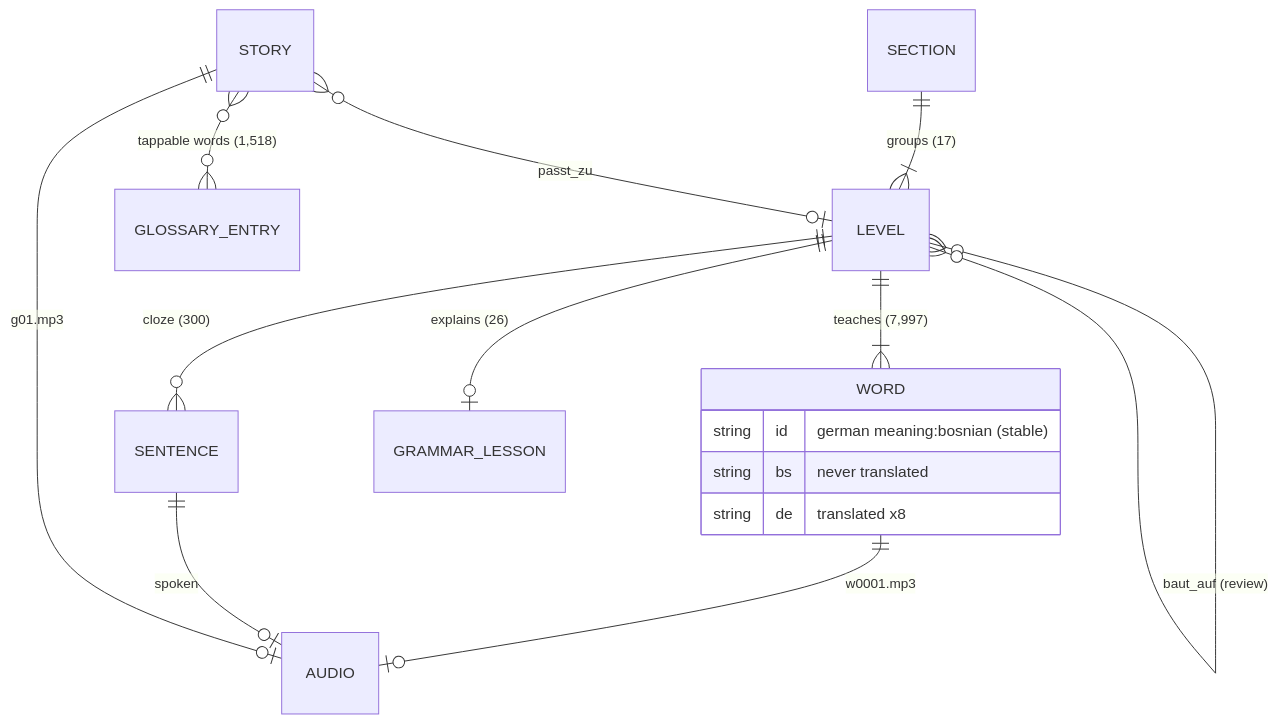
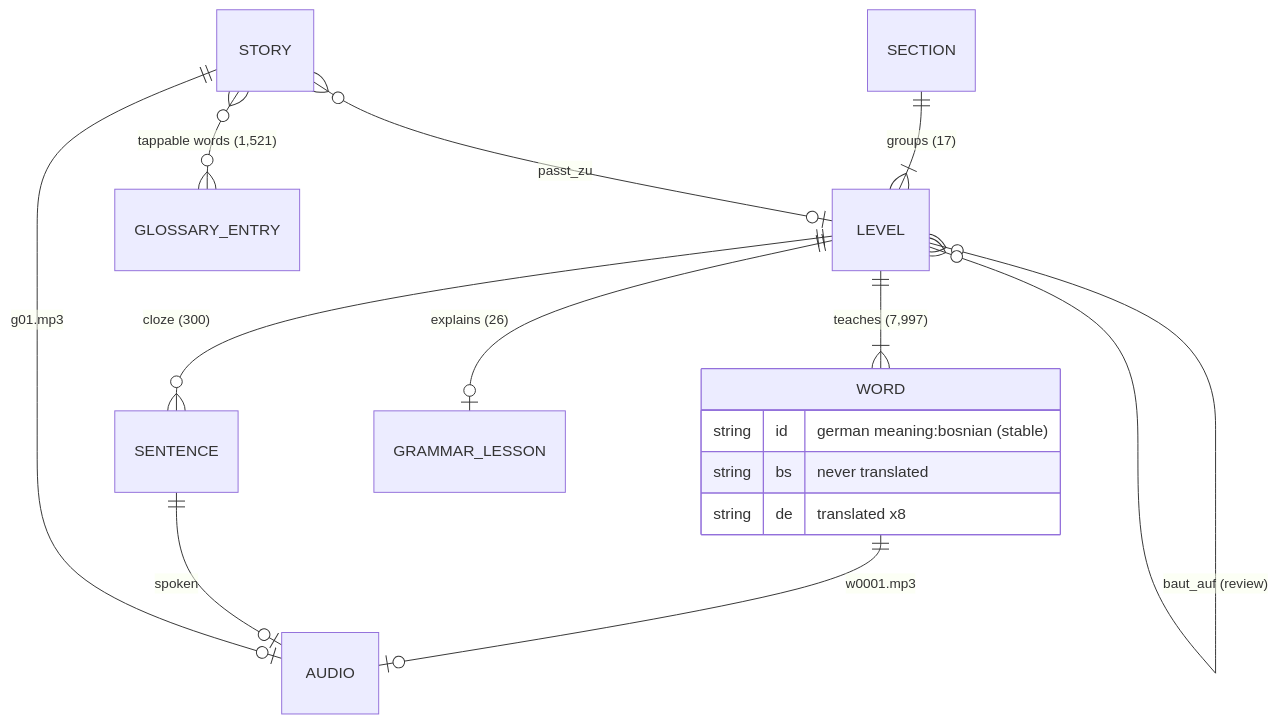
One commit to zmaj-lernapp/zmaj changed the second of 3 diagrams in docs/ARCHITECTURE.md. Above: the diagram before and after it, drawn with Mermaid. The commit also changed 19 other files, not shown here.

````diff
--- a/docs/ARCHITECTURE.md
+++ b/docs/ARCHITECTURE.md
@@ -54,18 +54,18 @@
 ```mermaid
 erDiagram
   SECTION ||--|{ LEVEL : "groups (17)"
   LEVEL ||--|{ WORD : "teaches (7,997)"
   LEVEL ||--o{ SENTENCE : "cloze (300)"
   LEVEL ||--o| GRAMMAR_LESSON : "explains (26)"
   LEVEL }o--o{ LEVEL : "baut_auf (review)"
   STORY }o--o| LEVEL : "passt_zu"
-  STORY }o--o{ GLOSSARY_ENTRY : "tappable words (1,518)"
+  STORY }o--o{ GLOSSARY_ENTRY : "tappable words (1,521)"
   WORD ||--o| AUDIO : "w0001.mp3"
   SENTENCE ||--o| AUDIO : "spoken"
   STORY ||--o| AUDIO : "g01.mp3"
   WORD {
     string id "german meaning:bosnian (stable)"
     string bs "never translated"
     string de "translated x8"
   }
 ```
````
